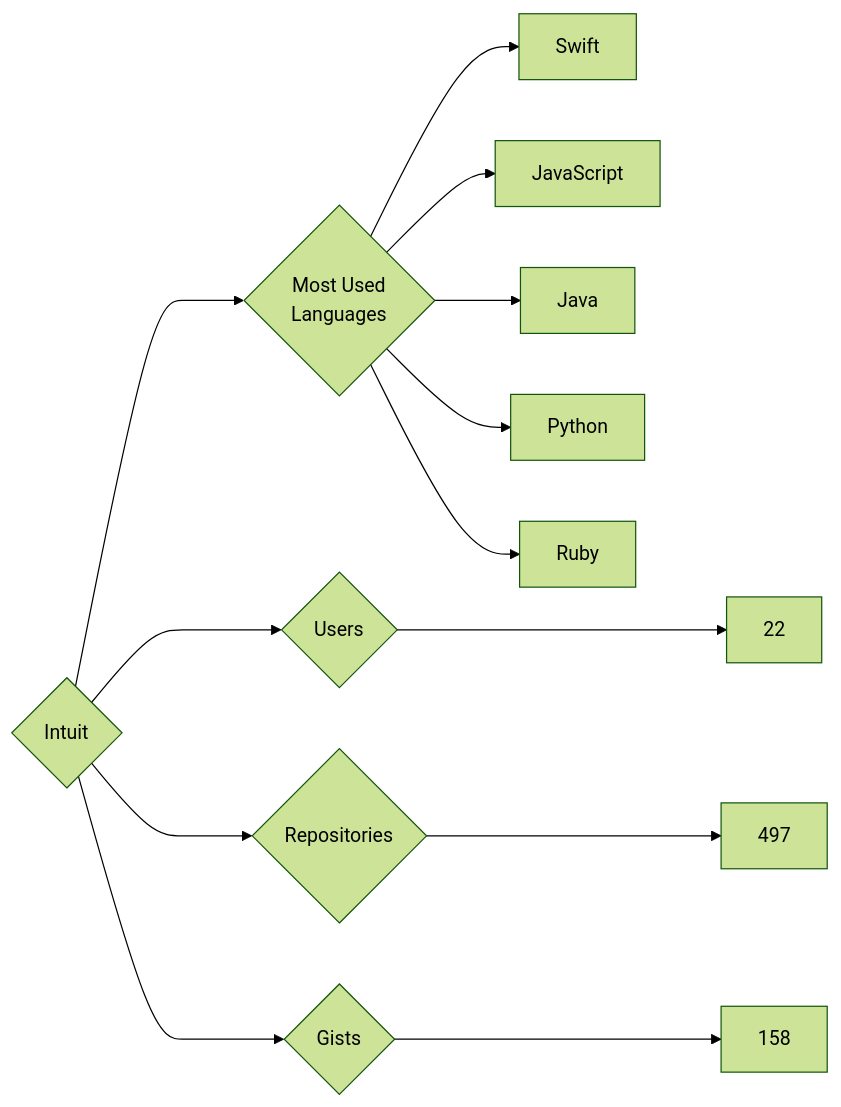
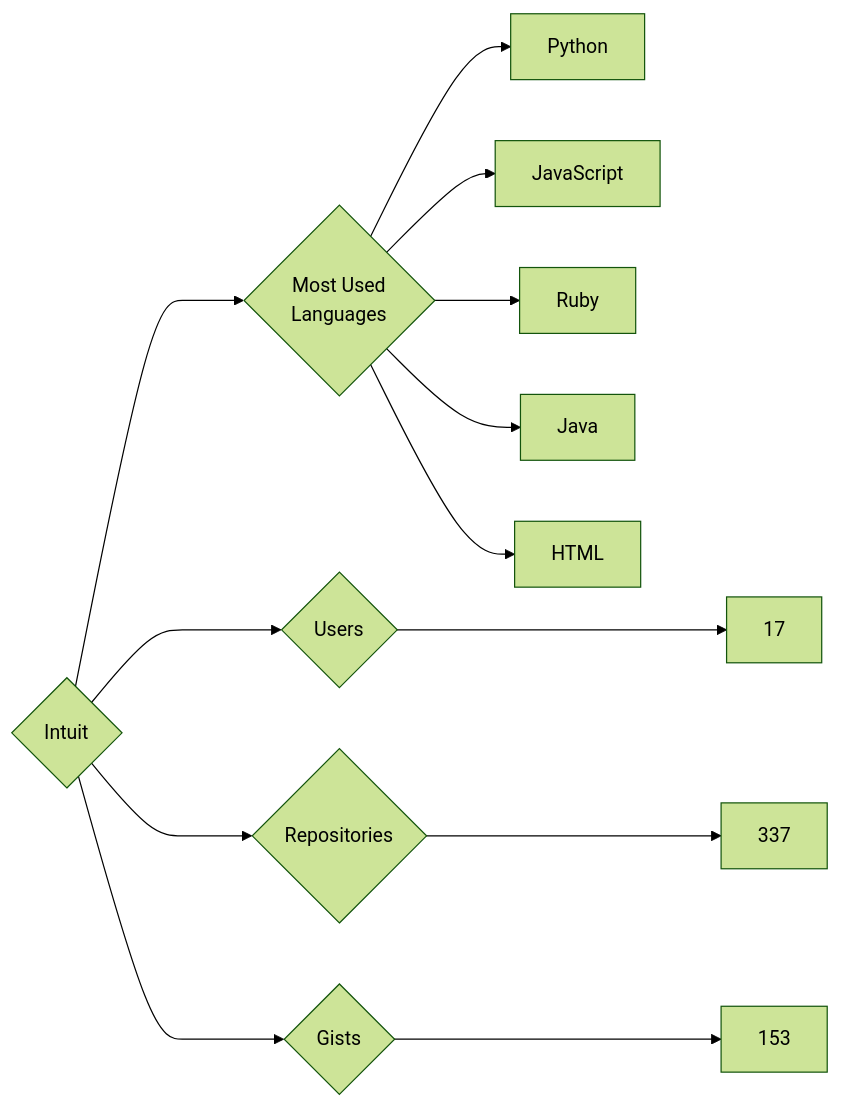
Before and after one commit to trickest/insiders: the diagram in targets/Intuit/README.md, drawn with Mermaid (forest theme). The commit also changed 699 other files, not shown here.

````diff
--- a/targets/Intuit/README.md
+++ b/targets/Intuit/README.md
@@ -3,13 +3,13 @@
 ```mermaid
 graph LR
 COMPANY_NAME{Intuit}
-COMPANY_NAME ---> U{Users} ---> UN[22]
-COMPANY_NAME ---> R{Repositories} ---> RN[497]
-COMPANY_NAME ---> G{Gists} ---> GN[158]
+COMPANY_NAME ---> U{Users} ---> UN[17]
+COMPANY_NAME ---> R{Repositories} ---> RN[337]
+COMPANY_NAME ---> G{Gists} ---> GN[153]
 COMPANY_NAME ---> ML{Most Used<br>Languages}
-ML --> Swift[Swift]
+ML --> Python[Python]
 ML --> JavaScript[JavaScript]
+ML --> Ruby[Ruby]
 ML --> Java[Java]
-ML --> Python[Python]
-ML --> Ruby[Ruby]
+ML --> HTML[HTML]
 ```
````
